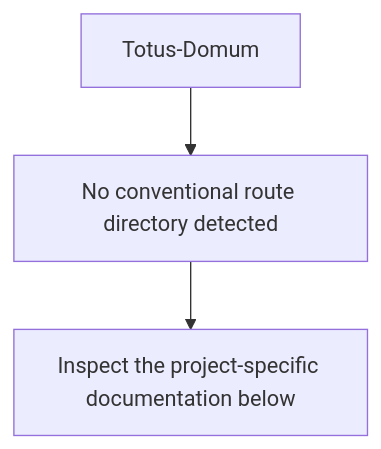
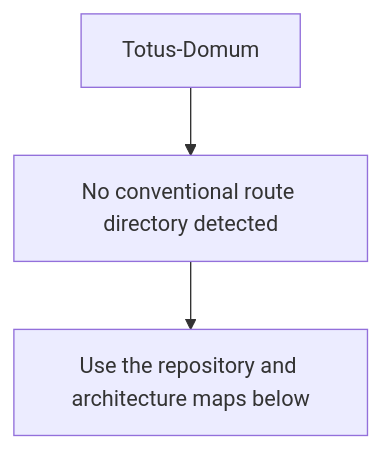
One commit to Nischhalsubba/Totus-Domum changed the second of 5 diagrams in README.md. Above: the diagram before and after it, drawn with Mermaid. The commit also changed other lines of this file, not shown here.

````diff
--- a/README.md
+++ b/README.md
@@ -53,6 +88,6 @@
 ```mermaid
 flowchart TD
     APP["Totus-Domum"]
     APP --> SOURCE["No conventional route directory detected"]
-    SOURCE --> VERIFY["Inspect the project-specific documentation below"]
+    SOURCE --> GUIDE["Use the repository and architecture maps below"]
 ```
````
